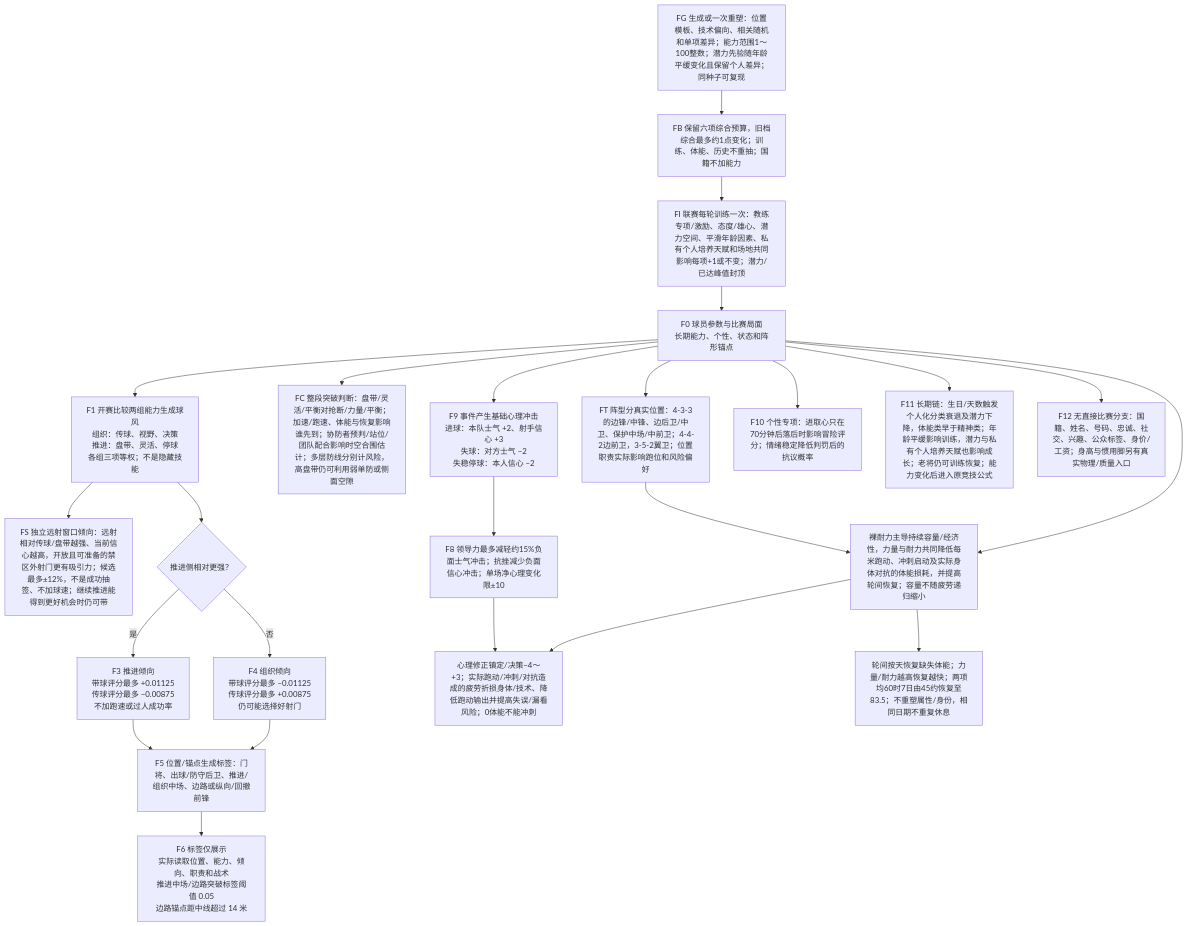
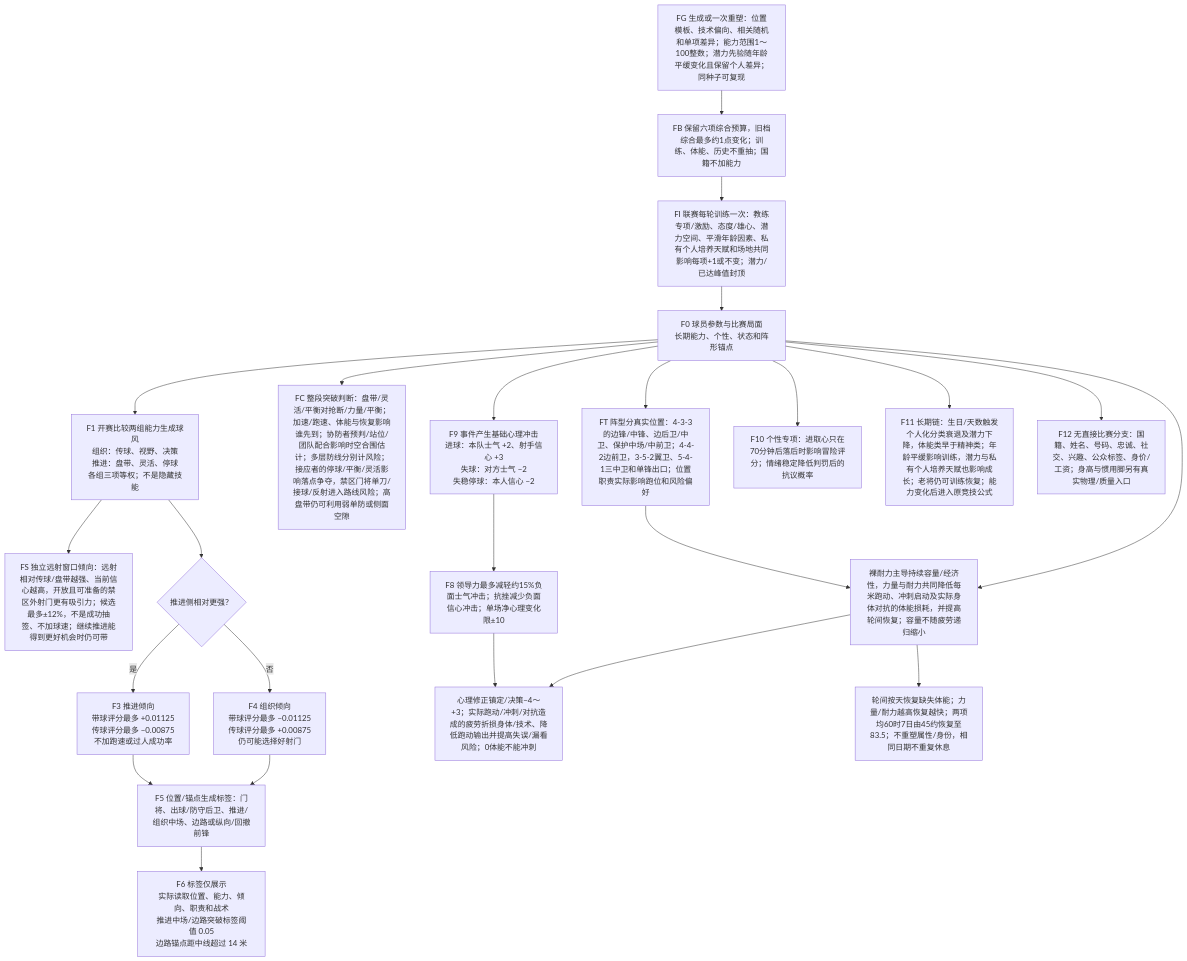
Before and after one commit to sixu3575/touchline-manager: the sixth of 7 diagrams in packages/shared/modules/matches/design/PLAYER_DECISION_MAP.md, drawn with Mermaid. The commit also changed other lines of this file and 59 other files, not shown here.

````diff
--- a/packages/shared/modules/matches/design/PLAYER_DECISION_MAP.md
+++ b/packages/shared/modules/matches/design/PLAYER_DECISION_MAP.md
@@ -261,26 +264,26 @@
 ```mermaid
 flowchart TD
   FG["FG 生成或一次重塑：位置模板、技术偏向、相关随机和单项差异；能力范围1～100整数；潜力先验随年龄平缓变化且保留个人差异；同种子可复现"] --> FB["FB 保留六项综合预算，旧档综合最多约1点变化；训练、体能、历史不重抽；国籍不加能力"]
   FB --> FI["FI 联赛每轮训练一次：教练专项/激励、态度/雄心、潜力空间、平滑年龄因素、私有个人培养天赋和场地共同影响每项+1或不变；潜力/已达峰值封顶"]
   FI --> F0
   F0["F0 球员参数与比赛局面<br/>长期能力、个性、状态和阵形锚点"] --> F1["F1 开赛比较两组能力生成球风<br/>组织：传球、视野、决策<br/>推进：盘带、灵活、停球<br/>各组三项等权；不是隐藏技能"]
   F1 --> FS["FS 独立远射窗口倾向：远射相对传球/盘带越强、当前信心越高，开放且可准备的禁区外射门更有吸引力；候选最多±12%，不是成功抽签、不加球速；继续推进能得到更好机会时仍可带"]
-  F0 --> FC["FC 整段突破判断：盘带/灵活/平衡对抢断/力量/平衡；加速/跑速、体能与恢复影响谁先到；协防者预判/站位/团队配合影响时空合围估计；多层防线分别计风险，高盘带仍可利用弱单防或侧面空隙"]
+  F0 --> FC["FC 整段突破判断：盘带/灵活/平衡对抢断/力量/平衡；加速/跑速、体能与恢复影响谁先到；协防者预判/站位/团队配合影响时空合围估计；多层防线分别计风险；接应者的停球/平衡/灵活影响落点争夺，禁区门将单刀/接球/反射进入路线风险；高盘带仍可利用弱单防或侧面空隙"]
   F1 --> F2{"推进侧相对更强？"}
   F2 -->|是| F3["F3 推进倾向<br/>带球评分最多 +0.01125<br/>传球评分最多 −0.00875<br/>不加跑速或过人成功率"]
   F2 -->|否| F4["F4 组织倾向<br/>带球评分最多 −0.01125<br/>传球评分最多 +0.00875<br/>仍可能选择好射门"]
   F3 --> F5["F5 位置/锚点生成标签：门将、出球/防守后卫、推进/组织中场、边路或纵向/回撤前锋"]
   F4 --> F5
   F5 --> F6["F6 标签仅展示<br/>实际读取位置、能力、倾向、职责和战术<br/>推进中场/边路突破标签阈值 0.05<br/>边路锚点距中线超过 14 米"]
-  F0 --> FT["FT 阵型分真实位置：4-3-3的边锋/中锋、边后卫/中卫、保护中场/中前卫；4-4-2边前卫，3-5-2翼卫；位置职责实际影响跑位和风险偏好"]
+  F0 --> FT["FT 阵型分真实位置：4-3-3的边锋/中锋、边后卫/中卫、保护中场/中前卫；4-4-2边前卫，3-5-2翼卫、5-4-1三中卫和单锋出口；位置职责实际影响跑位和风险偏好"]
   FT --> FP["FP 战术决定配合职责与候选收益；能力决定能否及时到位、技术质量与个人选择；球风标签仍不提供额外能力"]
   F0 --> F9["F9 事件产生基础心理冲击<br/>进球：本队士气 +2、射手信心 +3<br/>失球：对方士气 −2<br/>失稳停球：本人信心 −2"]
   F9 --> F8["F8 领导力最多减轻约15%负面士气冲击；抗挫减少负面信心冲击；单场净心理变化限±10"]
   F8 --> F7["心理修正镇定/决策−4～+3；实际跑动/冲刺/对抗造成的疲劳折损身体/技术、降低跑动输出并提高失误/漏看风险；0体能不能冲刺"]
   F0 --> FP["裸耐力主导持续容量/经济性，力量与耐力共同降低每米跑动、冲刺启动及实际身体对抗的体能损耗，并提高轮间恢复；容量不随疲劳递归缩小"]
   FP --> F7
   FP --> FR["轮间按天恢复缺失体能；力量/耐力越高恢复越快；两项均60时7日由45约恢复至83.5；不重塑属性/身份，相同日期不重复休息"]
   F0 --> F10["F10 个性专项：进取心只在70分钟后落后时影响冒险评分；情绪稳定降低判罚后的抗议概率"]
   F0 --> F11["F11 长期链：生日/天数触发个人化分类衰退及潜力下降，体能类早于精神类；年龄平缓影响训练，潜力与私有个人培养天赋也影响成长；老将仍可训练恢复；能力变化后进入原竞技公式"]
   F0 --> F12["F12 无直接比赛分支：国籍、姓名、号码、忠诚、社交、兴趣、公众标签、身价/工资；身高与惯用脚另有真实物理/质量入口"]
 ```
````
